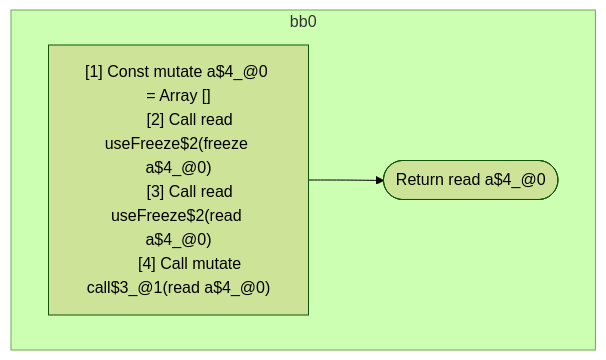
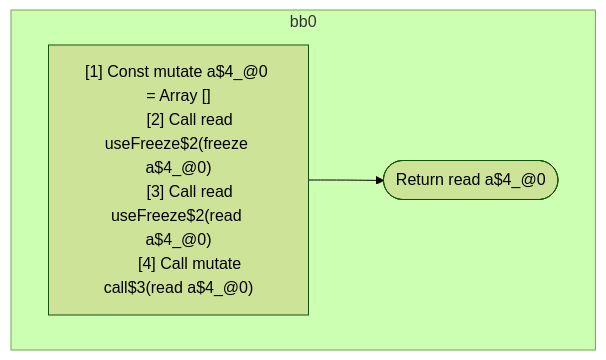
Before and after one commit to wutsmog/private: the first of 3 diagrams in compiler/forget/src/__tests__/fixtures/hir/hooks-freeze-arguments.expect.md, drawn with Mermaid (forest theme). The commit also changed other lines of this file and 100 other files, not shown here.

````diff
--- a/compiler/forget/src/__tests__/fixtures/hir/hooks-freeze-arguments.expect.md
+++ b/compiler/forget/src/__tests__/fixtures/hir/hooks-freeze-arguments.expect.md
@@ -32,16 +48,16 @@
 ```mermaid
 flowchart TB
   %% Basic Blocks
   subgraph bb0
     bb0_instrs["
       [1] Const mutate a$4_@0 = Array []
       [2] Call read useFreeze$2(freeze a$4_@0)
       [3] Call read useFreeze$2(read a$4_@0)
-      [4] Call mutate call$3_@1(read a$4_@0)
+      [4] Call mutate call$3(read a$4_@0)
     "]
     bb0_instrs --> bb0_terminal(["Return read a$4_@0"])
   end
 
   %% Jumps
   %% empty
 ```
````
